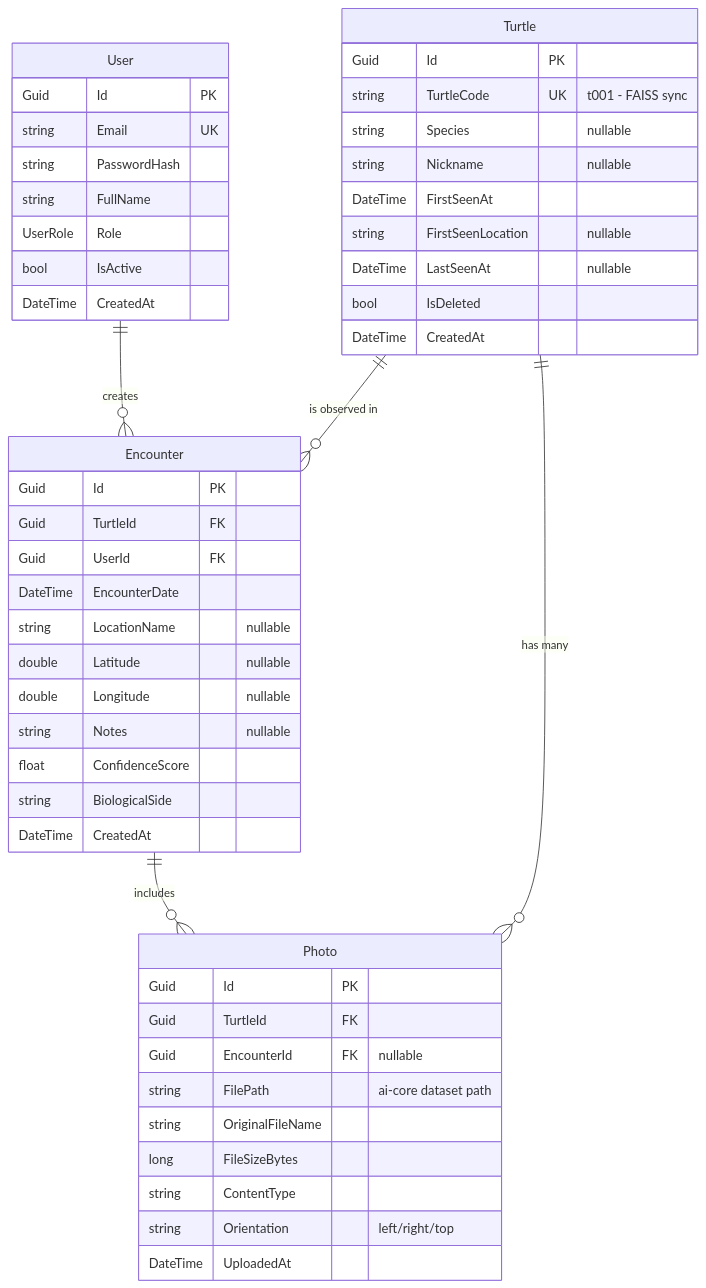
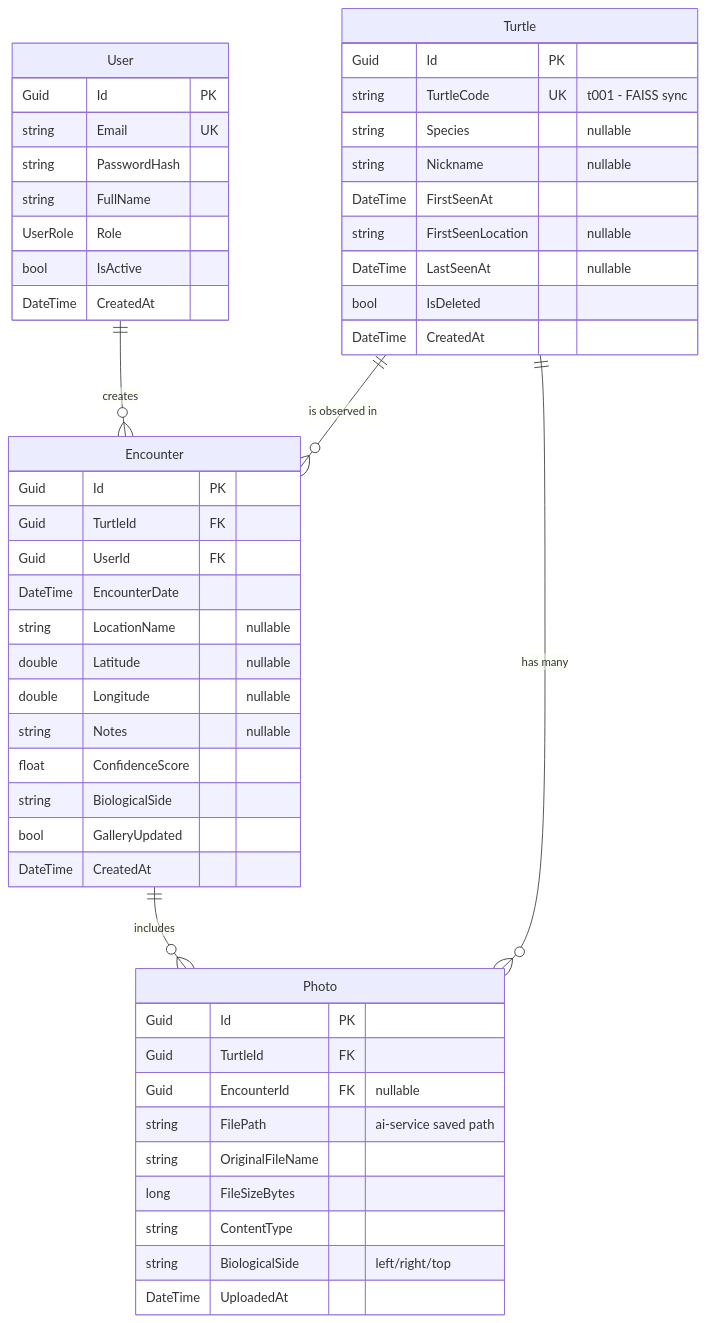
One commit to aeren23/sea-turtle-project changed the second of 3 diagrams in docs/specifications/backend_plan.md. Above: the diagram before and after it, drawn with Mermaid. The commit also changed other lines of this file and 49 other files, not shown here.

````diff
--- a/docs/specifications/backend_plan.md
+++ b/docs/specifications/backend_plan.md
@@ -83,55 +129,56 @@
 ```mermaid
 erDiagram
     User ||--o{ Encounter : "creates"
     Turtle ||--o{ Encounter : "is observed in"
     Turtle ||--o{ Photo : "has many"
     Encounter ||--o{ Photo : "includes"
 
     User {
         Guid Id PK
         string Email UK
         string PasswordHash
         string FullName
         UserRole Role
         bool IsActive
         DateTime CreatedAt
     }
 
     Turtle {
         Guid Id PK
         string TurtleCode UK "t001 - FAISS sync"
         string Species "nullable"
         string Nickname "nullable"
         DateTime FirstSeenAt
         string FirstSeenLocation "nullable"
         DateTime LastSeenAt "nullable"
         bool IsDeleted
         DateTime CreatedAt
     }
 
     Encounter {
         Guid Id PK
         Guid TurtleId FK
         Guid UserId FK
         DateTime EncounterDate
         string LocationName "nullable"
         double Latitude "nullable"
         double Longitude "nullable"
         string Notes "nullable"
         float ConfidenceScore
         string BiologicalSide
+        bool GalleryUpdated
         DateTime CreatedAt
     }
 
     Photo {
         Guid Id PK
         Guid TurtleId FK
         Guid EncounterId FK "nullable"
-        string FilePath "ai-core dataset path"
+        string FilePath "ai-service saved path"
         string OriginalFileName
         long FileSizeBytes
         string ContentType
-        string Orientation "left/right/top"
+        string BiologicalSide "left/right/top"
         DateTime UploadedAt
     }
 ```
````
